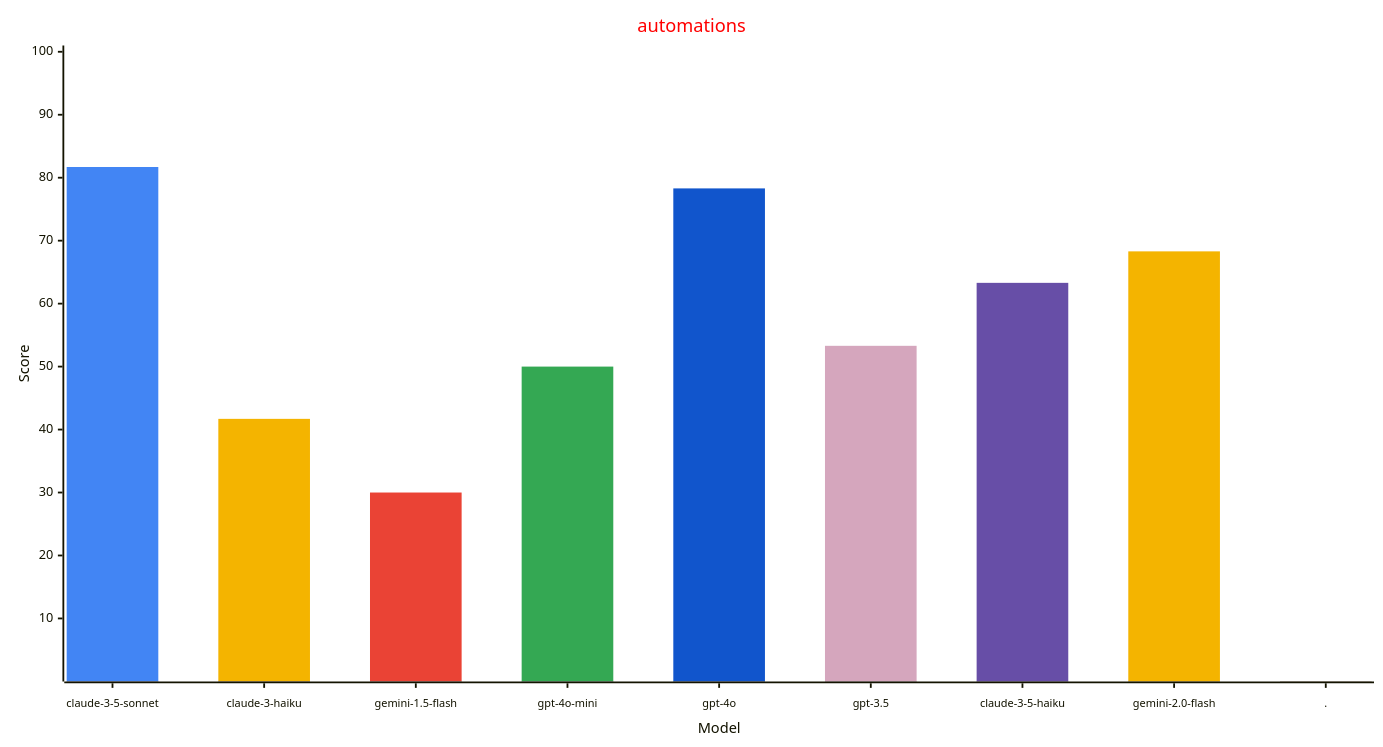
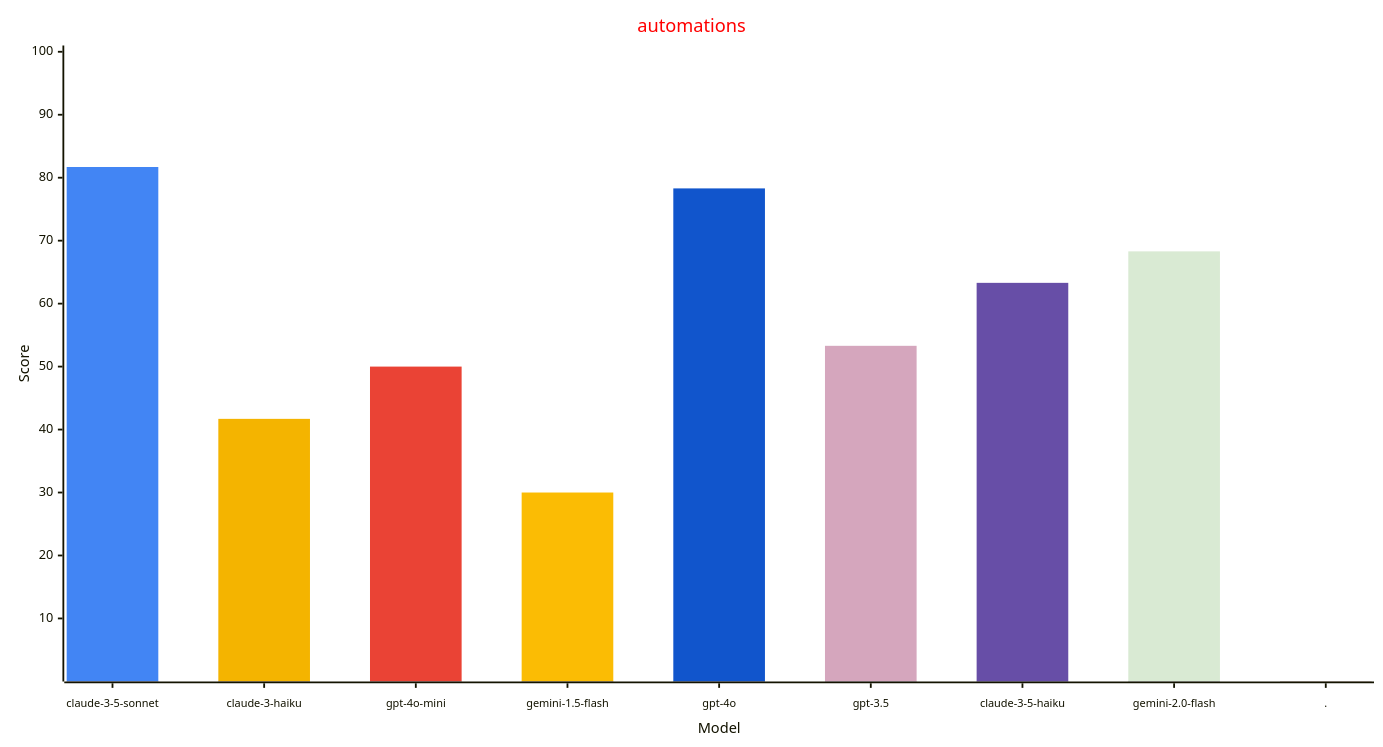
The fourth of 4 diagrams in reports/README.md (allenporter/home-assistant-datasets), drawn with Mermaid before and after one commit. The commit also changed other lines of this file and 1 other file, not shown here.

````diff
--- a/reports/README.md
+++ b/reports/README.md
@@ -195,29 +195,29 @@
 ```mermaid
 ---
 config:
     xyChart:
         width: 1500
         height: 800
         xAxis:
           labelFontSize: 12
           labelPadding: 8
     themeVariables:
         xyChart:
             titleColor: "#ff0000"
-            plotColorPalette: "#4285f4, #f4b400, #ea4335, #34a853, #1155cc, #d5a6bd, #674ea7, #f4b400, #4285f4"
+            plotColorPalette: "#4285f4, #f4b400, #ea4335, #fbbc04, #1155cc, #d5a6bd, #674ea7, #d9ead3, #4285f4"
 
 ---
 xychart-beta
   title "automations"
-  x-axis "Model" [claude-3-5-sonnet, claude-3-haiku, gemini-1.5-flash, gpt-4o-mini, gpt-4o, gpt-3.5, claude-3-5-haiku, gemini-2.0-flash, .]
+  x-axis "Model" [claude-3-5-sonnet, claude-3-haiku, gpt-4o-mini, gemini-1.5-flash, gpt-4o, gpt-3.5, claude-3-5-haiku, gemini-2.0-flash, .]
   y-axis "Score" 1 --> 100
   bar [81.7, 0.0, 0.0, 0.0, 0.0, 0.0, 0.0, 0.0, 0.0]
   bar [0.0, 41.7, 0.0, 0.0, 0.0, 0.0, 0.0, 0.0, 0.0]
-  bar [0.0, 0.0, 30.0, 0.0, 0.0, 0.0, 0.0, 0.0, 0.0]
-  bar [0.0, 0.0, 0.0, 50.0, 0.0, 0.0, 0.0, 0.0, 0.0]
+  bar [0.0, 0.0, 50.0, 0.0, 0.0, 0.0, 0.0, 0.0, 0.0]
+  bar [0.0, 0.0, 0.0, 30.0, 0.0, 0.0, 0.0, 0.0, 0.0]
   bar [0.0, 0.0, 0.0, 0.0, 78.3, 0.0, 0.0, 0.0, 0.0]
   bar [0.0, 0.0, 0.0, 0.0, 0.0, 53.3, 0.0, 0.0, 0.0]
   bar [0.0, 0.0, 0.0, 0.0, 0.0, 0.0, 63.3, 0.0, 0.0]
   bar [0.0, 0.0, 0.0, 0.0, 0.0, 0.0, 0.0, 68.3, 0.0]
   bar [0.0, 0.0, 0.0, 0.0, 0.0, 0.0, 0.0, 0.0, -1.0]
 ```
````
